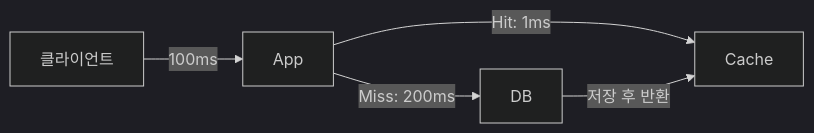
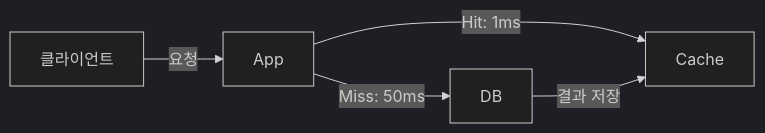
The first of 6 diagrams in _posts/caching/2026-05-01-caching-strategy.md (yjkim2015/yjkim2015.github.io), drawn with Mermaid (dark theme) before and after one commit. The commit also changed other lines of this file and 5 other files, not shown here.

````diff
--- a/_posts/caching/2026-05-01-caching-strategy.md
+++ b/_posts/caching/2026-05-01-caching-strategy.md
@@ -20,7 +20,7 @@
 ```mermaid
 graph LR
-    C["클라이언트"] -->|"100ms"| APP["App"]
+    C["클라이언트"] -->|"요청"| APP["App"]
     APP -->|"Hit: 1ms"| CA["Cache"]
-    APP -->|"Miss: 200ms"| DB["DB"]
-    DB -->|"저장 후 반환"| CA
+    APP -->|"Miss: 50ms"| DB["DB"]
+    DB -->|"결과 저장"| CA
 ```
````
